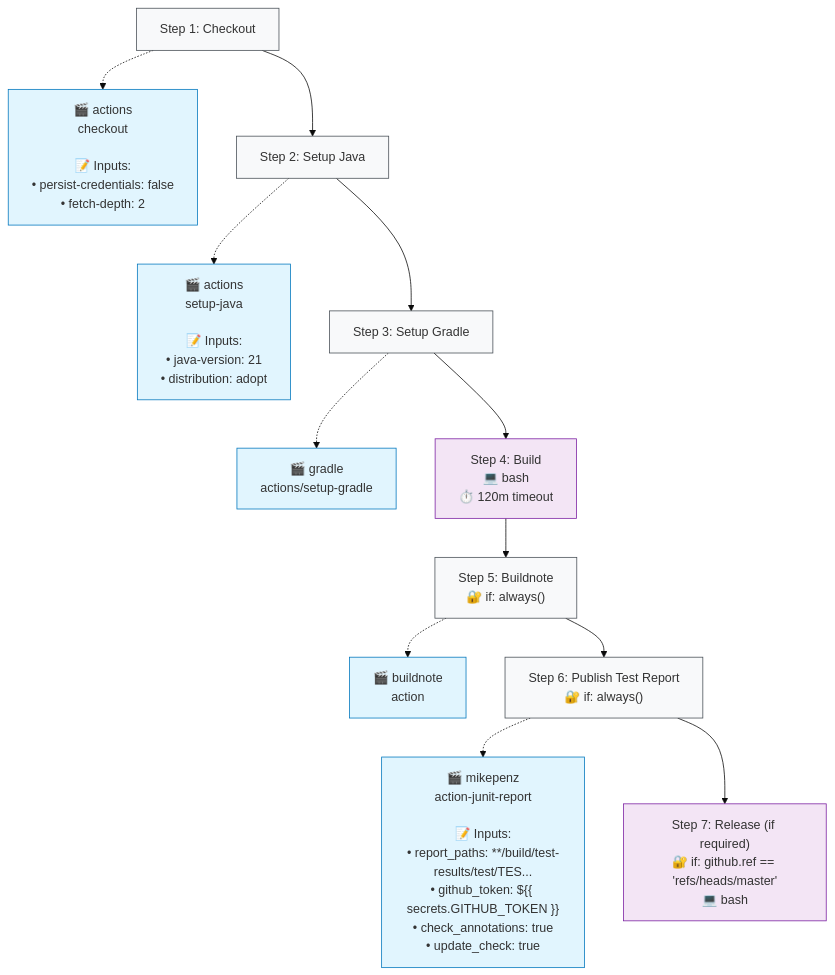
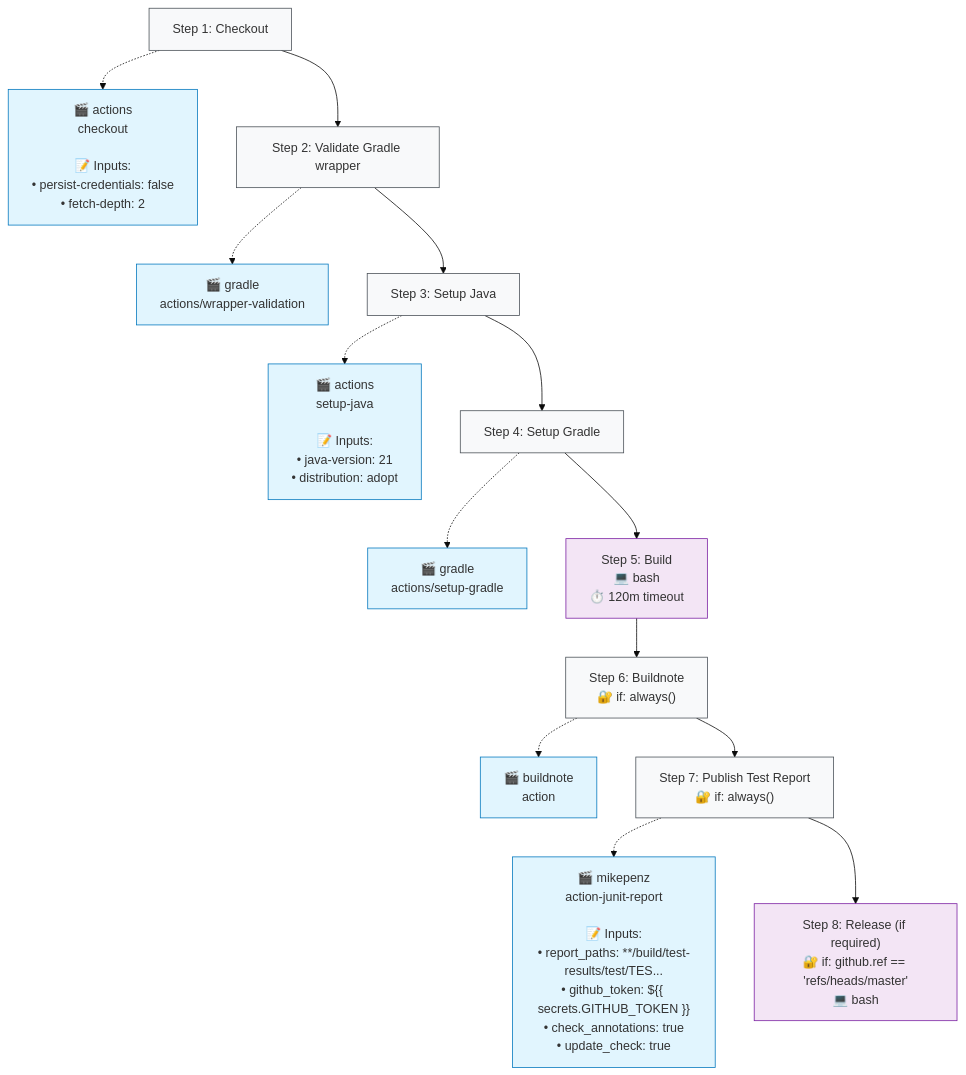
One commit to http4k/http4k changed the second of 2 diagrams in .github/typeflows/build-http4k/README.md. Above: the diagram before and after it, drawn with Mermaid (base theme). The commit also changed 5 other files, not shown here.

Commit message:
add codeowners and gradle wrapper validation

````diff
--- a/.github/typeflows/build-http4k/README.md
+++ b/.github/typeflows/build-http4k/README.md
@@ -23,39 +23,45 @@
 ```mermaid
 %%{init: {"flowchart": {"curve": "basis"}}}%%
 flowchart TD
     step1["Step 1: Checkout"]
     style step1 fill:#f8f9fa,stroke:#495057
     action1["🎬 actions<br/>checkout<br/><br/>📝 Inputs:<br/>• persist-credentials: false<br/>• fetch-depth: 2"]
     style action1 fill:#e1f5fe,stroke:#0277bd
     step1 -.-> action1
-    step2["Step 2: Setup Java"]
+    step2["Step 2: Validate Gradle wrapper"]
     style step2 fill:#f8f9fa,stroke:#495057
-    action2["🎬 actions<br/>setup-java<br/><br/>📝 Inputs:<br/>• java-version: 21<br/>• distribution: adopt"]
+    action2["🎬 gradle<br/>actions/wrapper-validation"]
     style action2 fill:#e1f5fe,stroke:#0277bd
     step2 -.-> action2
     step1 --> step2
-    step3["Step 3: Setup Gradle"]
+    step3["Step 3: Setup Java"]
     style step3 fill:#f8f9fa,stroke:#495057
-    action3["🎬 gradle<br/>actions/setup-gradle"]
+    action3["🎬 actions<br/>setup-java<br/><br/>📝 Inputs:<br/>• java-version: 21<br/>• distribution: adopt"]
     style action3 fill:#e1f5fe,stroke:#0277bd
     step3 -.-> action3
     step2 --> step3
-    step4["Step 4: Build<br/>💻 bash<br/>⏱️ 120m timeout"]
-    style step4 fill:#f3e5f5,stroke:#7b1fa2
+    step4["Step 4: Setup Gradle"]
+    style step4 fill:#f8f9fa,stroke:#495057
+    action4["🎬 gradle<br/>actions/setup-gradle"]
+    style action4 fill:#e1f5fe,stroke:#0277bd
+    step4 -.-> action4
     step3 --> step4
-    step5["Step 5: Buildnote<br/>🔐 if: always()"]
-    style step5 fill:#f8f9fa,stroke:#495057
-    action5["🎬 buildnote<br/>action"]
-    style action5 fill:#e1f5fe,stroke:#0277bd
-    step5 -.-> action5
+    step5["Step 5: Build<br/>💻 bash<br/>⏱️ 120m timeout"]
+    style step5 fill:#f3e5f5,stroke:#7b1fa2
     step4 --> step5
-    step6["Step 6: Publish Test Report<br/>🔐 if: always()"]
+    step6["Step 6: Buildnote<br/>🔐 if: always()"]
     style step6 fill:#f8f9fa,stroke:#495057
-    action6["🎬 mikepenz<br/>action-junit-report<br/><br/>📝 Inputs:<br/>• report_paths: **/build/test-results/test/TES...<br/>• github_token: ${{ secrets.GITHUB_TOKEN }}<br/>• check_annotations: true<br/>• update_check: true"]
+    action6["🎬 buildnote<br/>action"]
     style action6 fill:#e1f5fe,stroke:#0277bd
     step6 -.-> action6
     step5 --> step6
-    step7["Step 7: Release (if required)<br/>🔐 if: github.ref == 'refs/heads/master'<br/>💻 bash"]
-    style step7 fill:#f3e5f5,stroke:#7b1fa2
+    step7["Step 7: Publish Test Report<br/>🔐 if: always()"]
+    style step7 fill:#f8f9fa,stroke:#495057
+    action7["🎬 mikepenz<br/>action-junit-report<br/><br/>📝 Inputs:<br/>• report_paths: **/build/test-results/test/TES...<br/>• github_token: ${{ secrets.GITHUB_TOKEN }}<br/>• check_annotations: true<br/>• update_check: true"]
+    style action7 fill:#e1f5fe,stroke:#0277bd
+    step7 -.-> action7
     step6 --> step7
+    step8["Step 8: Release (if required)<br/>🔐 if: github.ref == 'refs/heads/master'<br/>💻 bash"]
+    style step8 fill:#f3e5f5,stroke:#7b1fa2
+    step7 --> step8
 ```
````
